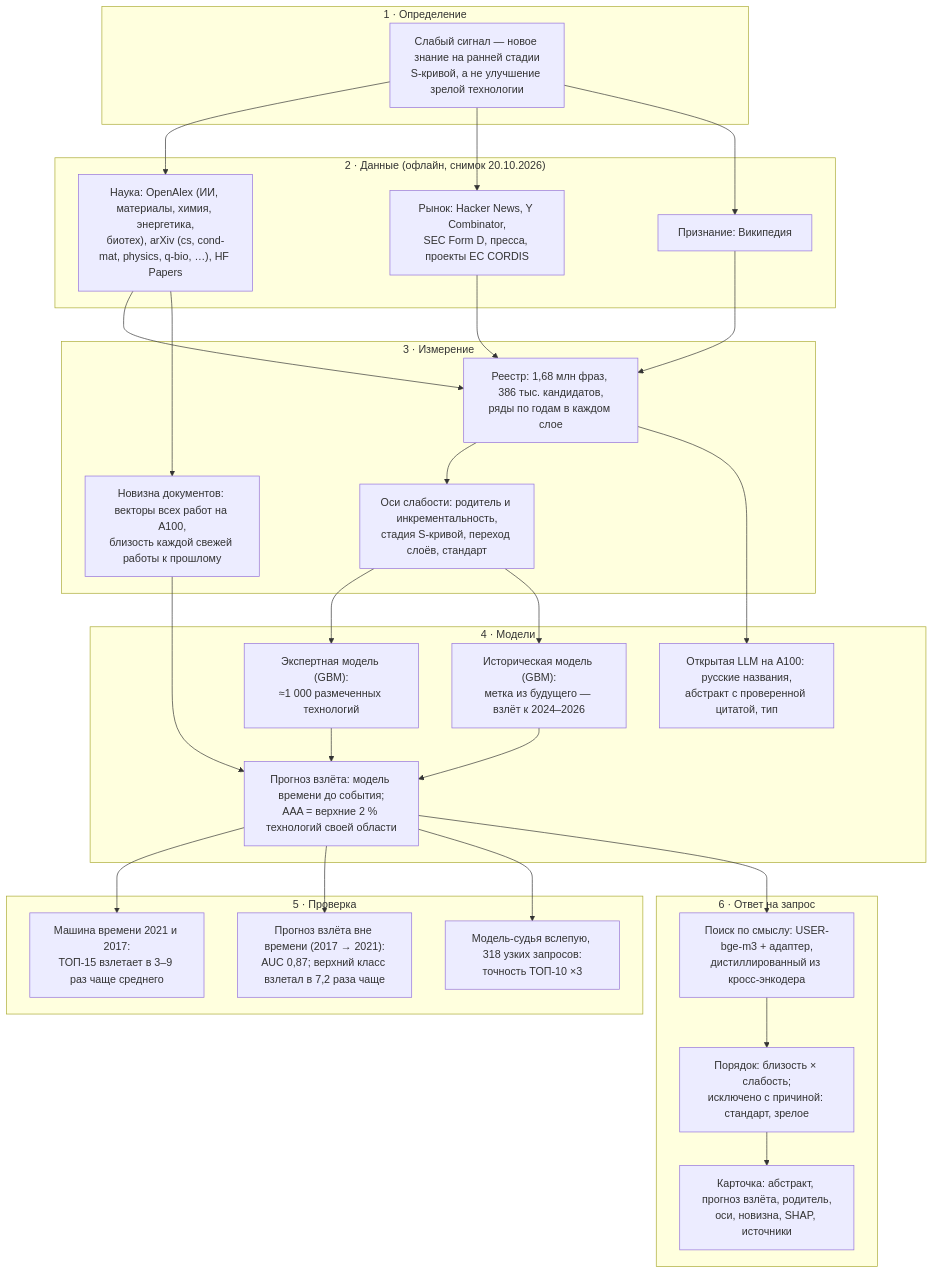
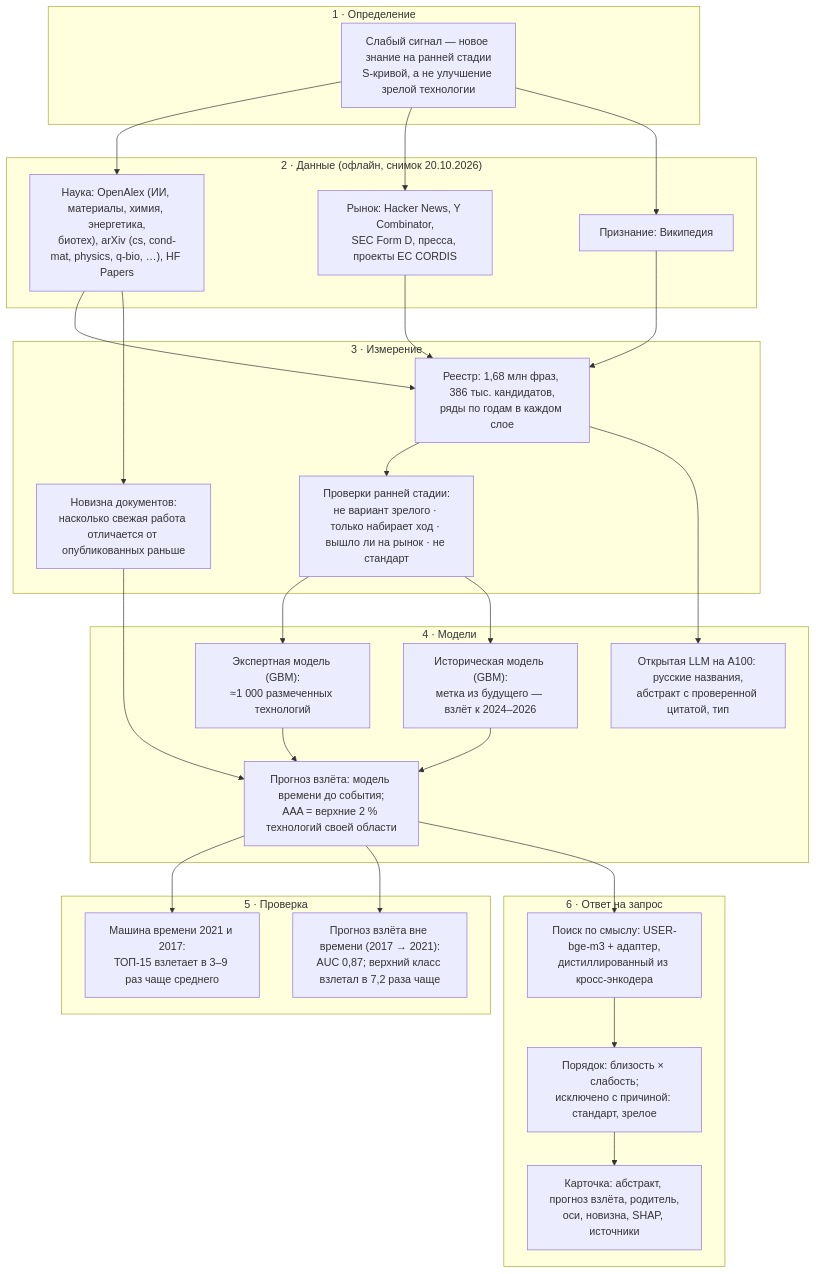
The diagram in README.md (weak-signals-forecast/predvestnik), drawn with Mermaid before and after one commit. The commit also changed other lines of this file, not shown here.

````diff
--- a/README.md
+++ b/README.md
@@ -90,37 +89,36 @@
 ```mermaid
 flowchart TB
     subgraph D0["1 · Определение"]
         H["Слабый сигнал — новое знание на ранней стадии<br/>S-кривой, а не улучшение зрелой технологии"]
     end
     subgraph D1["2 · Данные (офлайн, снимок 20.10.2026)"]
         C1["Наука: OpenAlex (ИИ, материалы, химия, энергетика,<br/>биотех), arXiv (cs, cond-mat, physics, q-bio, …), HF Papers"]
         C2["Рынок: Hacker News, Y Combinator,<br/>SEC Form D, пресса, проекты ЕС CORDIS"]
         C3["Признание: Википедия"]
     end
     subgraph D2["3 · Измерение"]
         R["Реестр: 1,68 млн фраз, 386 тыс. кандидатов,<br/>ряды по годам в каждом слое"]
-        A["Оси слабости: родитель и инкрементальность,<br/>стадия S-кривой, переход слоёв, стандарт"]
-        N["Новизна документов: векторы всех работ на A100,<br/>близость каждой свежей работы к прошлому"]
+        A["Проверки ранней стадии:<br/>не вариант зрелого · только набирает ход · вышло ли на рынок · не стандарт"]
+        N["Новизна документов:<br/>насколько свежая работа отличается от опубликованных раньше"]
     end
     subgraph D3["4 · Модели"]
         M1["Экспертная модель (GBM):<br/>≈1 000 размеченных технологий"]
         M2["Историческая модель (GBM):<br/>метка из будущего — взлёт к 2024–2026"]
         P["Прогноз взлёта: модель времени до события;<br/>AAA = верхние 2 % технологий своей области"]
         L["Открытая LLM на A100: русские названия,<br/>абстракт с проверенной цитатой, тип"]
     end
     subgraph D4["5 · Проверка"]
         V1["Машина времени 2021 и 2017:<br/>ТОП-15 взлетает в 3–9 раз чаще среднего"]
         V2["Прогноз взлёта вне времени (2017 → 2021):<br/>AUC 0,87; верхний класс взлетал в 7,2 раза чаще"]
-        V3["Модель-судья вслепую, 318 узких запросов:<br/>точность ТОП-10 ×3"]
     end
     subgraph D5["6 · Ответ на запрос"]
         O["Поиск по смыслу: USER-bge-m3 + адаптер,<br/>дистиллированный из кросс-энкодера"]
         X["Порядок: близость × слабость;<br/>исключено с причиной: стандарт, зрелое"]
         K["Карточка: абстракт, прогноз взлёта, родитель,<br/>оси, новизна, SHAP, источники"]
     end
     H --> C1 & C2 & C3 --> R --> A --> M1 & M2 --> P
     C1 --> N --> P
     R --> L
-    P --> V1 & V2 & V3
+    P --> V1 & V2
     P --> O --> X --> K
 ```
````
